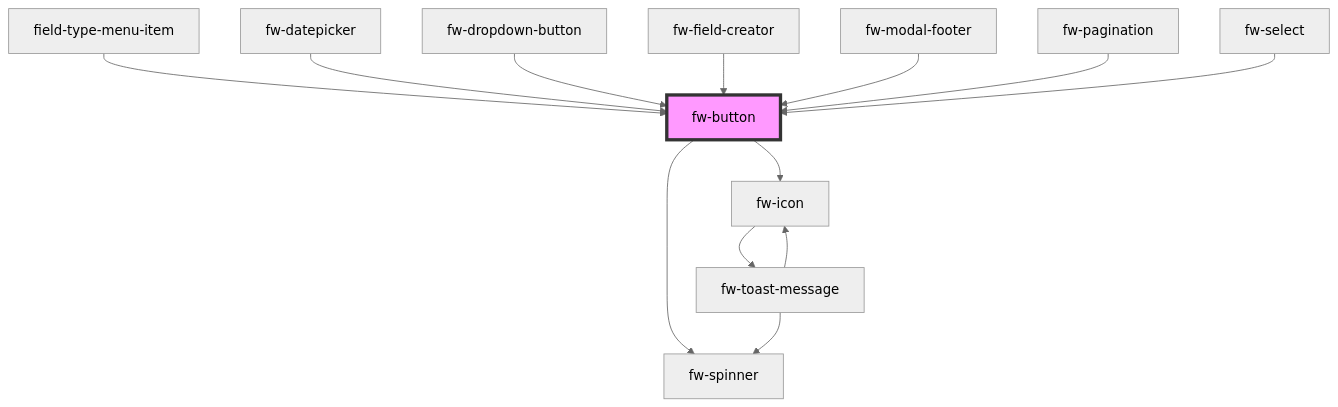
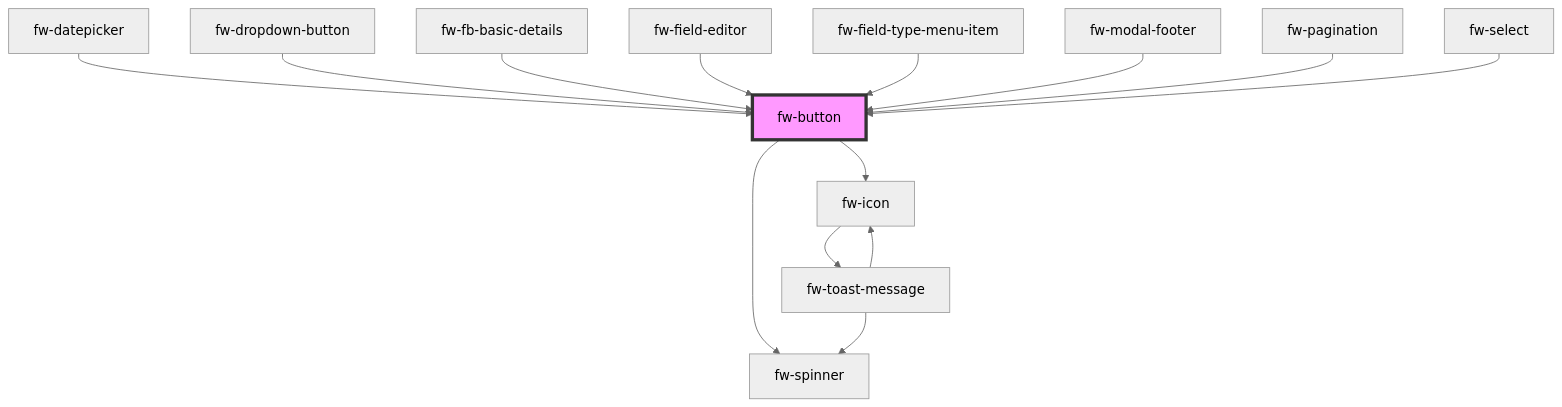
Before and after one commit to freshworks/crayons: the diagram in packages/crayons-core/src/components/button/readme.md, drawn with Mermaid (neutral theme). The commit also changed other lines of this file and 25 other files, not shown here.

````diff
--- a/packages/crayons-core/src/components/button/readme.md
+++ b/packages/crayons-core/src/components/button/readme.md
@@ -320,16 +321,17 @@
 ```mermaid
 graph TD;
   fw-button --> fw-spinner
   fw-button --> fw-icon
   fw-icon --> fw-toast-message
   fw-toast-message --> fw-spinner
   fw-toast-message --> fw-icon
-  field-type-menu-item --> fw-button
   fw-datepicker --> fw-button
   fw-dropdown-button --> fw-button
-  fw-field-creator --> fw-button
+  fw-fb-basic-details --> fw-button
+  fw-field-editor --> fw-button
+  fw-field-type-menu-item --> fw-button
   fw-modal-footer --> fw-button
   fw-pagination --> fw-button
   fw-select --> fw-button
   style fw-button fill:#f9f,stroke:#333,stroke-width:4px
 ```
````
